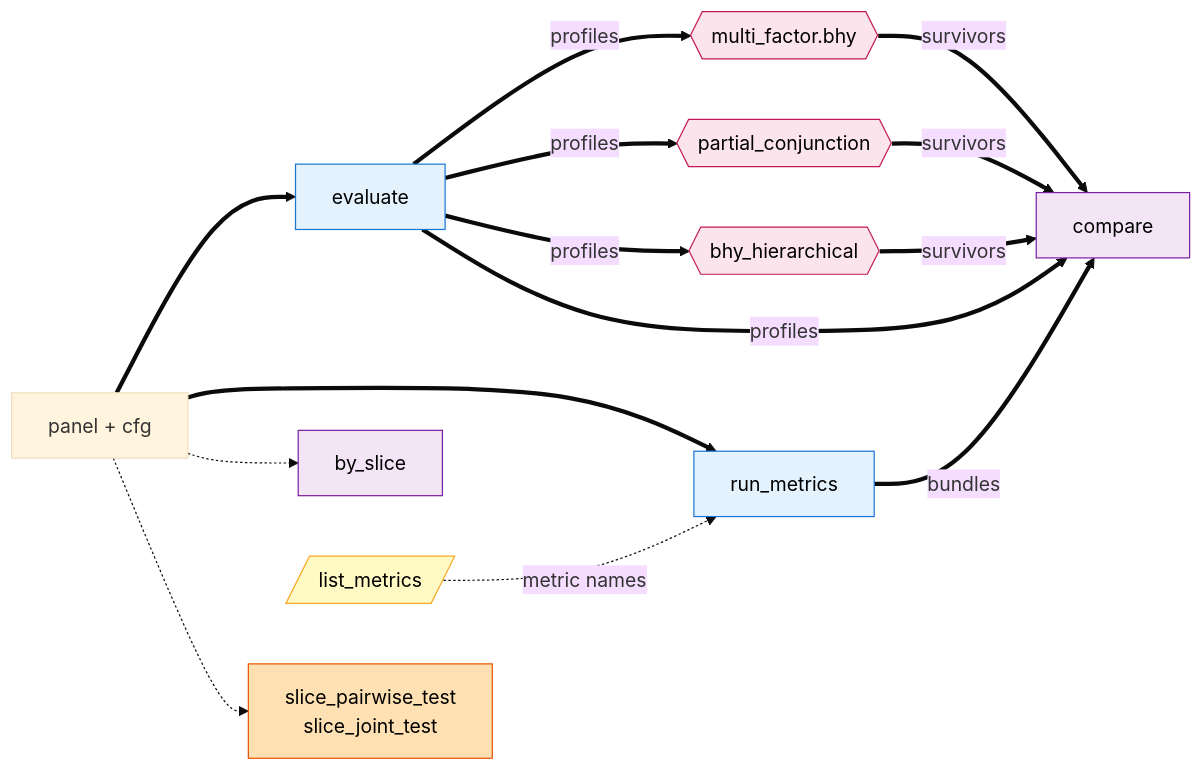
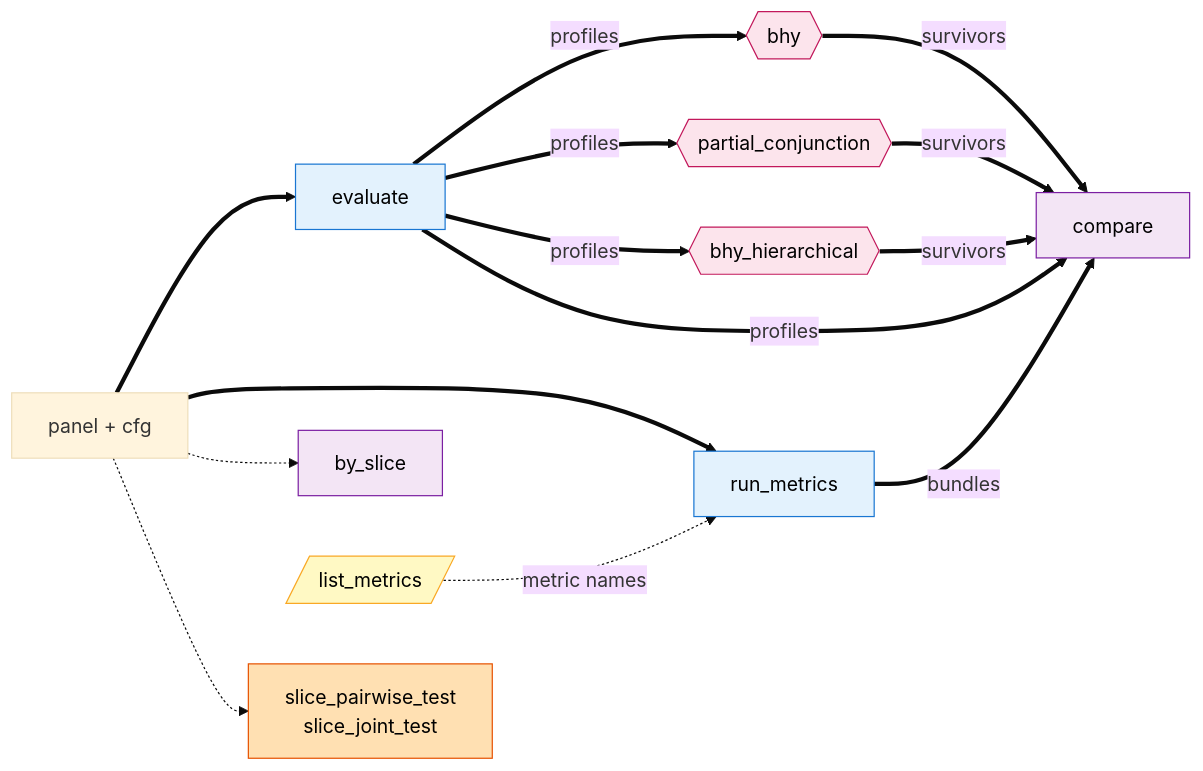
One commit to awwesomeman/factrix changed the diagram in docs/api/index.md. Above: the diagram before and after it, drawn with Mermaid (base theme). The commit also changed other lines of this file, not shown here.

Commit message:
docs(api): index.md — bhy display name (drop multi_factor prefix)
mermaid label, click tooltip, edge convention, and category bullets
now refer to the function as bhy, matching the bare-name treatment of
its siblings partial_conjunction and bhy_hierarchical (all three are
exported via factrix.multi_factor.* with no top-level alias, but the
graph shows function names not import paths). Runnable code examples
(Typical patterns row, Naming convention table) keep the
multi_factor.bhy prefix since that is the actual call site.

Refs #164

````diff
--- a/docs/api/index.md
+++ b/docs/api/index.md
@@ -7,48 +7,48 @@
 ```mermaid
 flowchart LR
     P[panel + cfg]
     EV[evaluate]
     RM[run_metrics]
     BS[by_slice]
     ST["slice_pairwise_test<br/>slice_joint_test"]
-    BHY{{multi_factor.bhy}}
+    BHY{{bhy}}
     PC{{partial_conjunction}}
     BHYH{{bhy_hierarchical}}
     LM[/list_metrics/]
     CMP[compare]
 
     P ==> EV
     P ==> RM
     P -.-> BS
     P -.-> ST
     EV ==>|profiles| BHY
     EV ==>|profiles| PC
     EV ==>|profiles| BHYH
     EV ==>|profiles| CMP
     RM ==>|bundles| CMP
     BHY ==>|survivors| CMP
     PC ==>|survivors| CMP
     BHYH ==>|survivors| CMP
     LM -.->|metric names| RM
 
     classDef compute fill:#e3f2fd,stroke:#1976d2,color:#000
     classDef screening fill:#fce4ec,stroke:#c2185b,color:#000
     classDef inference fill:#ffe0b2,stroke:#e65100,color:#000
     classDef view fill:#f3e5f5,stroke:#7b1fa2,color:#000
     classDef introspect fill:#fff9c4,stroke:#f9a825,color:#000
     class EV,RM compute
     class BHY,PC,BHYH screening
     class ST inference
     class BS,CMP view
     class LM introspect
 
     click EV "evaluate/" "evaluate API"
     click RM "run-metrics/" "run_metrics API"
     click BS "by-slice/" "by_slice API"
     click ST "slice-test/" "slice_pairwise_test / slice_joint_test API"
-    click BHY "multi-factor/" "multi_factor.bhy API"
+    click BHY "multi-factor/" "bhy API"
     click PC "partial-conjunction/" "partial_conjunction API"
     click BHYH "bhy-hierarchical/" "bhy_hierarchical API"
     click LM "list-metrics/" "list_metrics API"
     click CMP "compare/" "compare API"
 ```
````
